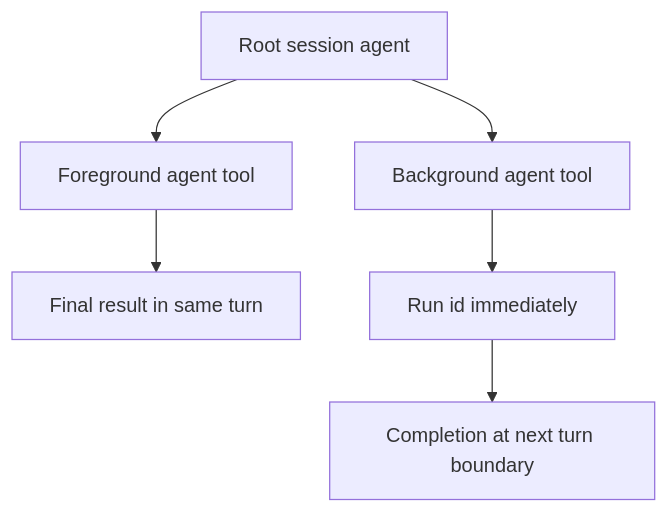
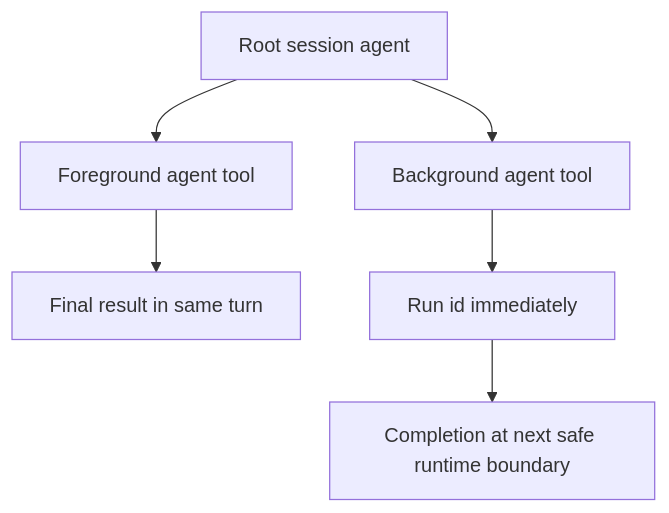
Before and after one commit to matthewyjiang/rho: the first of 2 diagrams in docs/subagents.md, drawn with Mermaid. The commit also changed other lines of this file and 57 other files, not shown here.

First line of the commit message:
fix(runtime): reconcile background notifications before completion (#1166)

````diff
--- a/docs/subagents.md
+++ b/docs/subagents.md
@@ -25,8 +25,8 @@
 ```mermaid
 flowchart TD
     root[Root session agent] --> fg[Foreground agent tool]
     root --> bg[Background agent tool]
     fg --> result[Final result in same turn]
     bg --> id[Run id immediately]
-    id --> done[Completion at next turn boundary]
+    id --> done[Completion at next safe runtime boundary]
 ```
````
